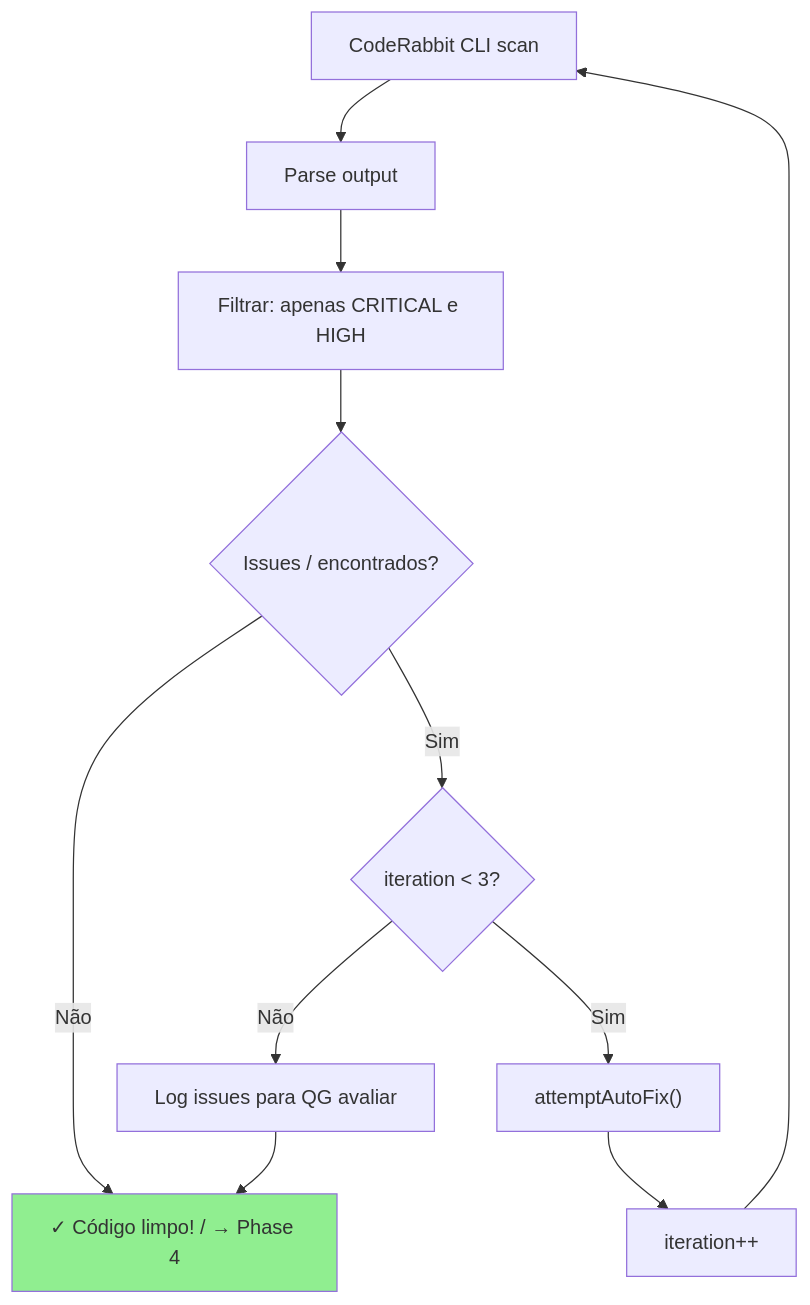
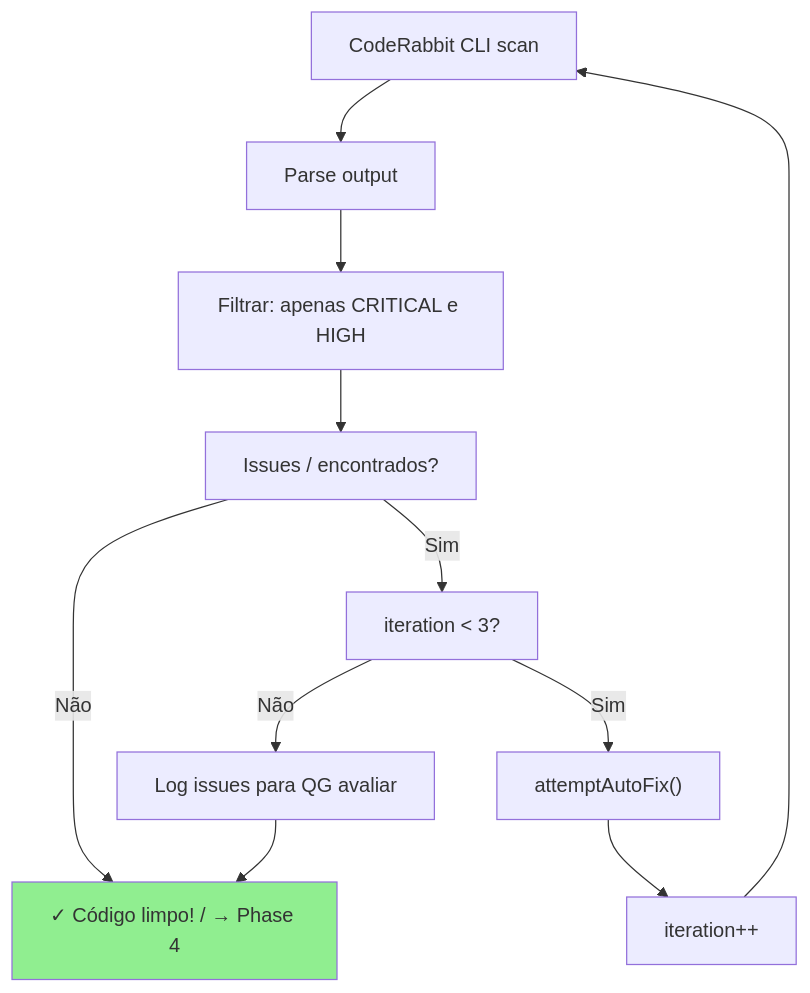
Diagram 12 of 17 in content/en/docs/aios-workflows/bob-orchestrator-workflow.mdx (bychrisr/aios-docs), drawn with Mermaid before and after one commit. The commit also changed other lines of this file and 40 other files, not shown here.

````diff
--- a/content/en/docs/aios-workflows/bob-orchestrator-workflow.mdx
+++ b/content/en/docs/aios-workflows/bob-orchestrator-workflow.mdx
@@ -763,15 +763,15 @@
 ```mermaid
 flowchart TB
     A["CodeRabbit CLI scan"] --> B["Parse output"]
     B --> C["Filtrar: apenas CRITICAL e HIGH"]
-    C --> D{"Issues / encontrados?"}
+    C --> D["Issues / encontrados?"]
     D -->|Não| E["✓ Código limpo! / → Phase 4"]
-    D -->|Sim| F{"iteration < 3?"}
+    D -->|Sim| F["iteration < 3?"]
     F -->|Sim| G["attemptAutoFix()"]
     G --> H["iteration++"]
     H --> A
     F -->|Não| I["Log issues para QG avaliar"]
     I --> E
 
     style E fill:#90EE90
 ```
````
